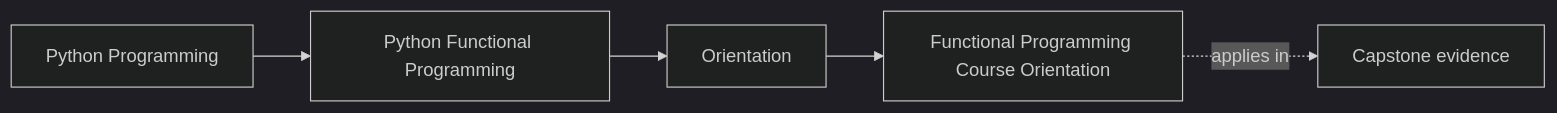
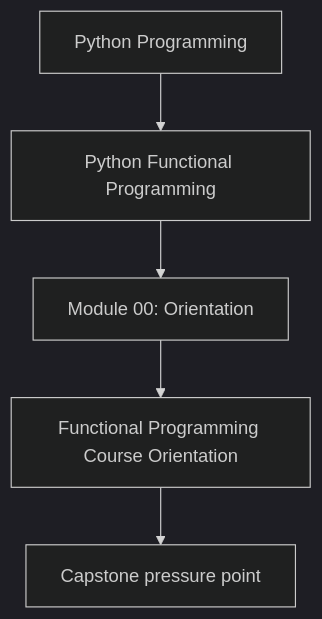
Before and after one commit to bijux/bijux-masterclass: the first of 2 diagrams in programs/python-programming/python-functional-programming/course-book/module-00-orientation/course-orientation.md, drawn with Mermaid (dark theme). The commit also changed other lines of this file and 118 other files, not shown here.

Commit message:
docs(python-functional-programming): align concept page diagrams

````diff
--- a/programs/python-programming/python-functional-programming/course-book/module-00-orientation/course-orientation.md
+++ b/programs/python-programming/python-functional-programming/course-book/module-00-orientation/course-orientation.md
@@ -7,11 +7,7 @@
 ```mermaid
-graph LR
-  family["Python Programming"]
-  program["Python Functional Programming"]
-  section["Orientation"]
-  page["Functional Programming Course Orientation"]
-  capstone["Capstone evidence"]
-
-  family --> program --> section --> page
-  page -.applies in.-> capstone
+flowchart TD
+  family["Python Programming"] --> program["Python Functional Programming"]
+  program --> module["Module 00: Orientation"]
+  module --> concept["Functional Programming Course Orientation"]
+  concept --> capstone["Capstone pressure point"]
 ```
````
